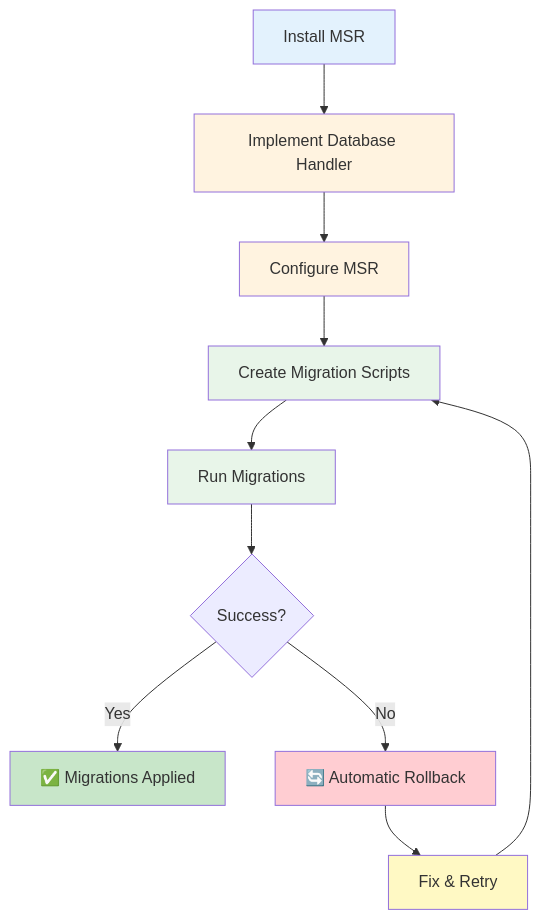
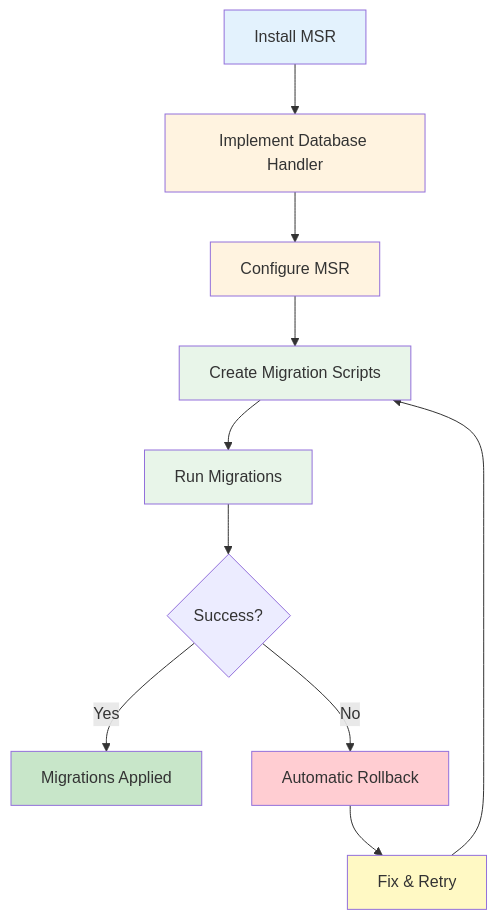
Before and after one commit to vlavrynovych/msr: the diagram in docs/getting-started.md, drawn with Mermaid. The commit also changed 6 other files, not shown here.

First line of the commit message:
#64: Fix Mermaid diagram syntax for version 9.1.3 compatibility

````diff
--- a/docs/getting-started.md
+++ b/docs/getting-started.md
@@ -33,21 +33,21 @@
 ```mermaid
 graph TD
     A[Install MSR] --> B[Implement Database Handler]
     B --> C[Configure MSR]
     C --> D[Create Migration Scripts]
     D --> E[Run Migrations]
     E --> F{Success?}
-    F -->|Yes| G[✅ Migrations Applied]
-    F -->|No| H[🔄 Automatic Rollback]
+    F -->|Yes| G[Migrations Applied]
+    F -->|No| H[Automatic Rollback]
     H --> I[Fix & Retry]
     I --> D
 
     style A fill:#e3f2fd
     style B fill:#fff3e0
     style C fill:#fff3e0
     style D fill:#e8f5e9
     style E fill:#e8f5e9
     style G fill:#c8e6c9
     style H fill:#ffcdd2
     style I fill:#fff9c4
 ```
````
